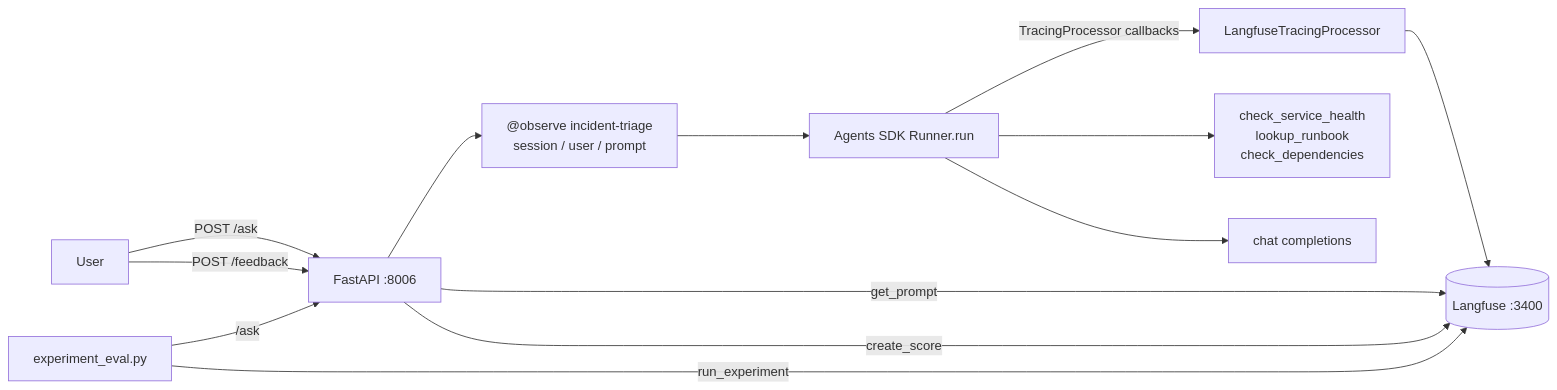
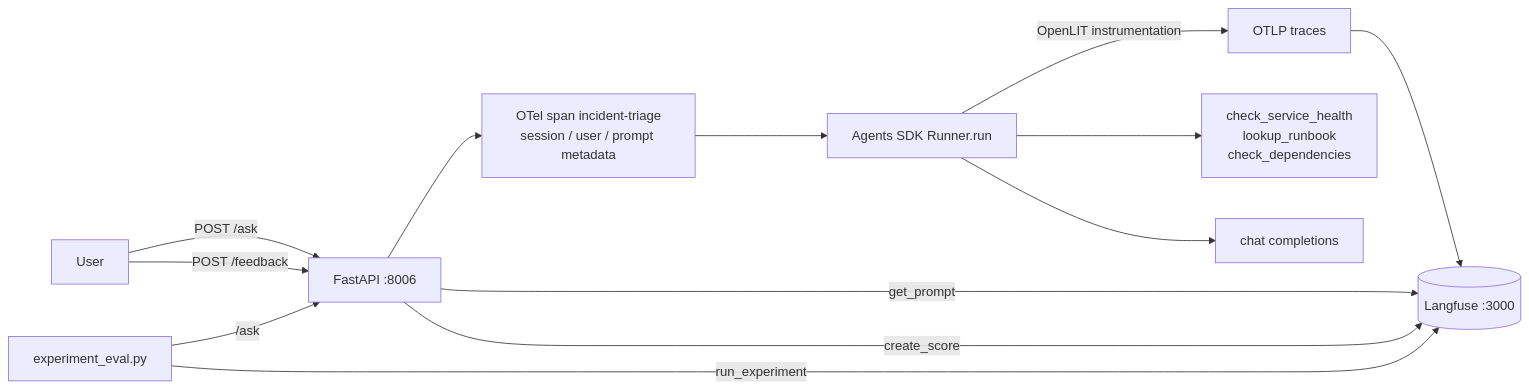
The diagram in experiments/langfuse_openai_agents/README.md (one2nc/ai_observability), drawn with Mermaid before and after one commit. The commit also changed other lines of this file and 11 other files, not shown here.

````diff
--- a/experiments/langfuse_openai_agents/README.md
+++ b/experiments/langfuse_openai_agents/README.md
@@ -70,15 +48,15 @@
 ```mermaid
 graph LR
     User -->|POST /ask| App[FastAPI :8006]
-    App --> Root["@observe incident-triage<br/>session / user / prompt"]
+    App --> Root["OTel span incident-triage<br/>session / user / prompt metadata"]
     Root --> Runner[Agents SDK Runner.run]
-    Runner -->|TracingProcessor callbacks| Bridge[LangfuseTracingProcessor]
+    Runner -->|OpenLIT instrumentation| OTel[OTLP traces]
     Runner --> Tools[check_service_health<br/>lookup_runbook<br/>check_dependencies]
     Runner --> Model[chat completions]
-    Bridge --> LF[(Langfuse :3400)]
+    OTel --> LF[(Langfuse :3000)]
     App -->|get_prompt| LF
     User -->|POST /feedback| App
     App -->|create_score| LF
     Eval[experiment_eval.py] -->|/ask| App
     Eval -->|run_experiment| LF
 ```
````
